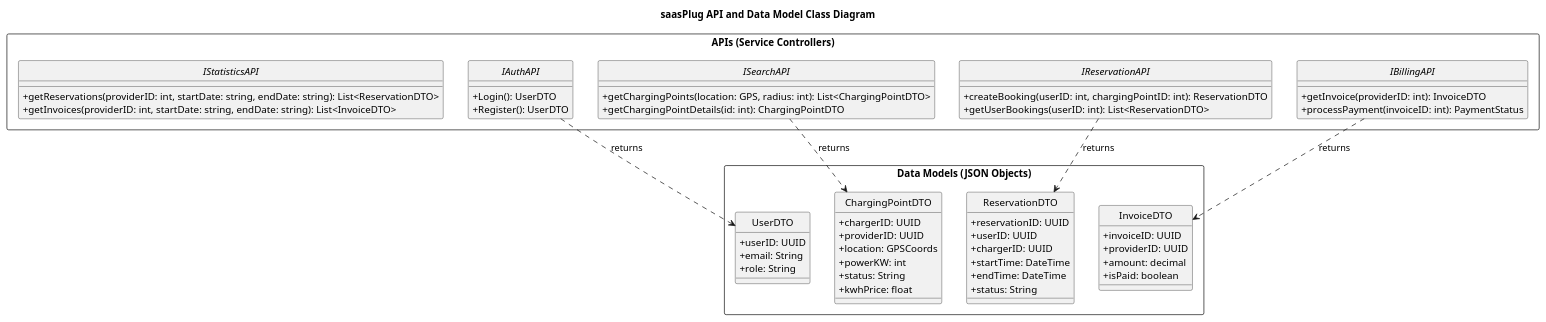
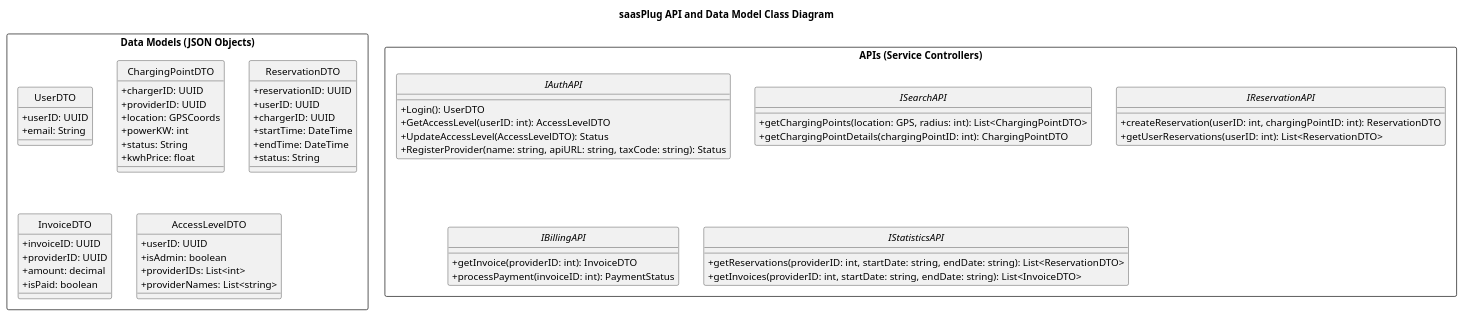
Before and after one commit to Angelosef/saas_plug_diagrams: the diagram in puml_diagrams/class.puml, drawn with PlantUML. The commit also changed 3 other files, not shown here.

```diff
--- a/puml_diagrams/class.puml
+++ b/puml_diagrams/class.puml
@@ -1,77 +1,79 @@
 @startuml class_diagram
 title saasPlug API and Data Model Class Diagram
 
 skinparam classAttributeIconSize 0
 hide circle
 
 ' --- Data Transfer Objects (JSON Models) ---
 package "Data Models (JSON Objects)" <<Rectangle>> {
     
     class UserDTO {
         + userID: UUID
         + email: String
-        + role: String
     }
 
     class ChargingPointDTO {
         + chargerID: UUID
         + providerID: UUID
         + location: GPSCoords
         + powerKW: int
         + status: String
         + kwhPrice: float
     }
 
     class ReservationDTO {
         + reservationID: UUID
         + userID: UUID
         + chargerID: UUID
         + startTime: DateTime
         + endTime: DateTime
         + status: String
     }
 
     class InvoiceDTO {
         + invoiceID: UUID
         + providerID: UUID
         + amount: decimal
         + isPaid: boolean
     }
+
+    class AccessLevelDTO {
+        + userID: UUID
+        + isAdmin: boolean
+        + providerIDs: List<int>
+        + providerNames: List<string>
+    }
 }
 
 ' --- API Interfaces ---
 package "APIs (Service Controllers)" <<Rectangle>> {
 
     interface "IAuthAPI" {
         + Login(): UserDTO
-        + Register(): UserDTO
+        + GetAccessLevel(userID: int): AccessLevelDTO
+        + UpdateAccessLevel(AccessLevelDTO): Status
+        + RegisterProvider(name: string, apiURL: string, taxCode: string): Status
     }
 
     interface "ISearchAPI" {
         + getChargingPoints(location: GPS, radius: int): List<ChargingPointDTO>
-        + getChargingPointDetails(id: int): ChargingPointDTO
+        + getChargingPointDetails(chargingPointID: int): ChargingPointDTO
     }
 
     interface "IReservationAPI" {
-        + createBooking(userID: int, chargingPointID: int): ReservationDTO
-        + getUserBookings(userID: int): List<ReservationDTO>
+        + createReservation(userID: int, chargingPointID: int): ReservationDTO
+        + getUserReservations(userID: int): List<ReservationDTO>
     }
 
     interface "IBillingAPI" {
         + getInvoice(providerID: int): InvoiceDTO
         + processPayment(invoiceID: int): PaymentStatus
     }
 
     interface "IStatisticsAPI" {
         + getReservations(providerID: int, startDate: string, endDate: string): List<ReservationDTO>
         + getInvoices(providerID: int, startDate: string, endDate: string): List<InvoiceDTO>
     }
 }
 
-' --- Relationships (Usage) ---
-IAuthAPI ..> UserDTO : "returns"
-ISearchAPI ..> ChargingPointDTO : "returns"
-IReservationAPI ..> ReservationDTO : "returns"
-IBillingAPI ..> InvoiceDTO : "returns"
-
 @enduml
```
